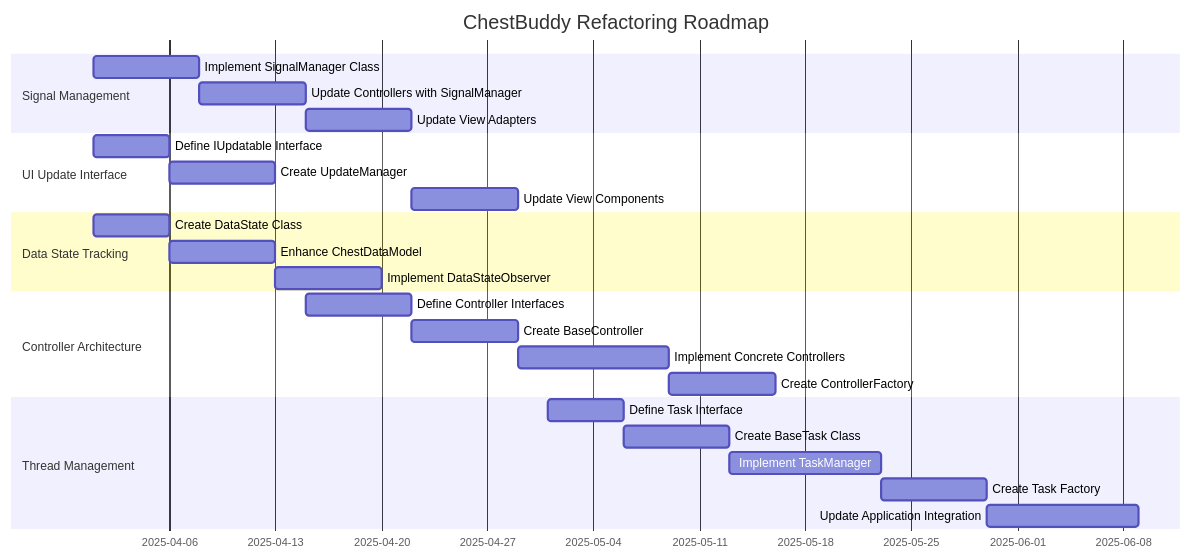
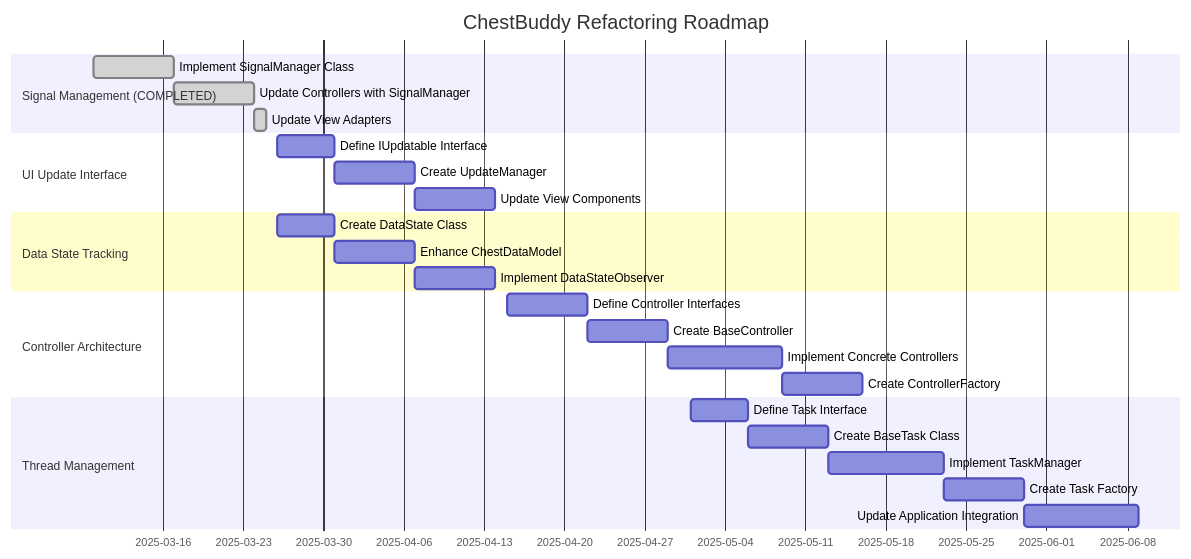
Before and after one commit to LinkesAuge/ChestBuddy: the diagram in plans/implementation_roadmap.md, drawn with Mermaid. The commit also changed other lines of this file and 24 other files, not shown here.

````diff
--- a/plans/implementation_roadmap.md
+++ b/plans/implementation_roadmap.md
@@ -7,32 +7,32 @@
 ```mermaid
 gantt
     title ChestBuddy Refactoring Roadmap
     dateFormat  YYYY-MM-DD
-    section Signal Management
-    Implement SignalManager Class           :phase1, 2025-04-01, 7d
-    Update Controllers with SignalManager   :phase5, after phase1, 7d
-    Update View Adapters                    :phase9, after phase5, 7d
+    section Signal Management (COMPLETED)
+    Implement SignalManager Class           :done, phase1, 2025-03-10, 7d
+    Update Controllers with SignalManager   :done, phase5, 2025-03-17, 7d
+    Update View Adapters                    :done, phase9, 2025-03-24, 1d
     
     section UI Update Interface
-    Define IUpdatable Interface             :phase2, 2025-04-01, 5d
+    Define IUpdatable Interface             :phase2, 2025-03-26, 5d
     Create UpdateManager                    :phase6, after phase2, 7d
-    Update View Components                  :phase10, after phase6 phase9, 7d
+    Update View Components                  :phase10, after phase6, 7d
     
     section Data State Tracking
-    Create DataState Class                  :phase3, 2025-04-01, 5d
+    Create DataState Class                  :phase3, 2025-03-26, 5d
     Enhance ChestDataModel                  :phase7, after phase3, 7d
     Implement DataStateObserver             :phase11, after phase7, 7d
     
     section Controller Architecture
     Define Controller Interfaces            :phase4, 2025-04-15, 7d
     Create BaseController                   :phase8, after phase4, 7d
     Implement Concrete Controllers          :phase12, after phase8 phase11, 10d
     Create ControllerFactory                :phase13, after phase12, 7d
     
     section Thread Management
     Define Task Interface                   :phase14, 2025-05-01, 5d
     Create BaseTask Class                   :phase15, after phase14, 7d
     Implement TaskManager                   :phase16, after phase15, 10d
     Create Task Factory                     :phase17, after phase16, 7d
     Update Application Integration          :phase18, after phase13 phase17, 10d
 ```
````
